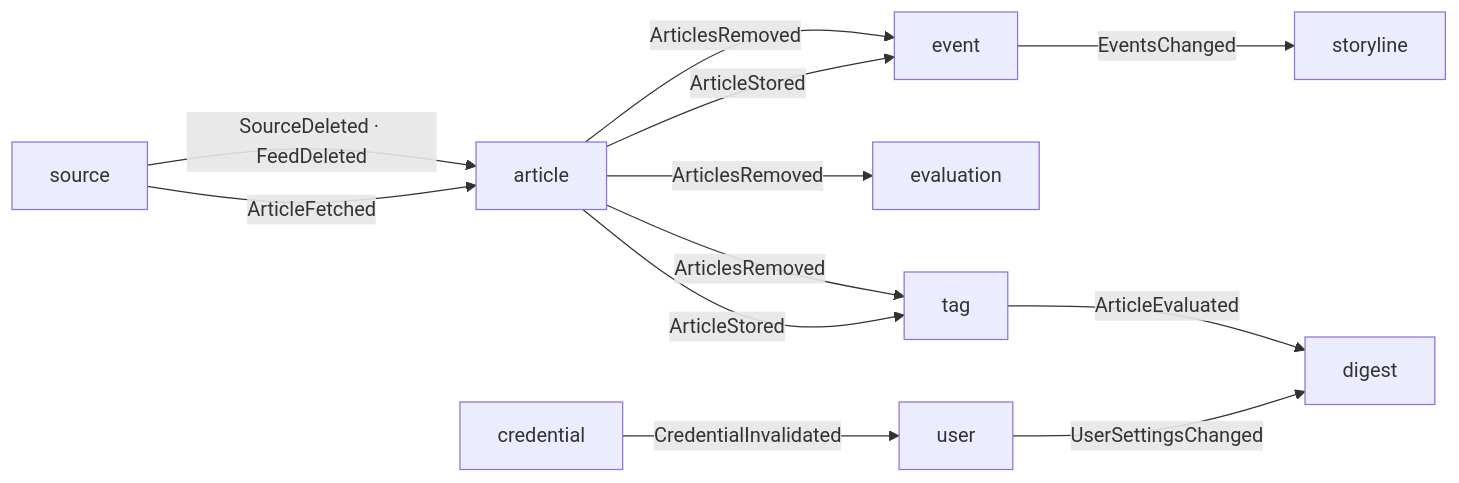
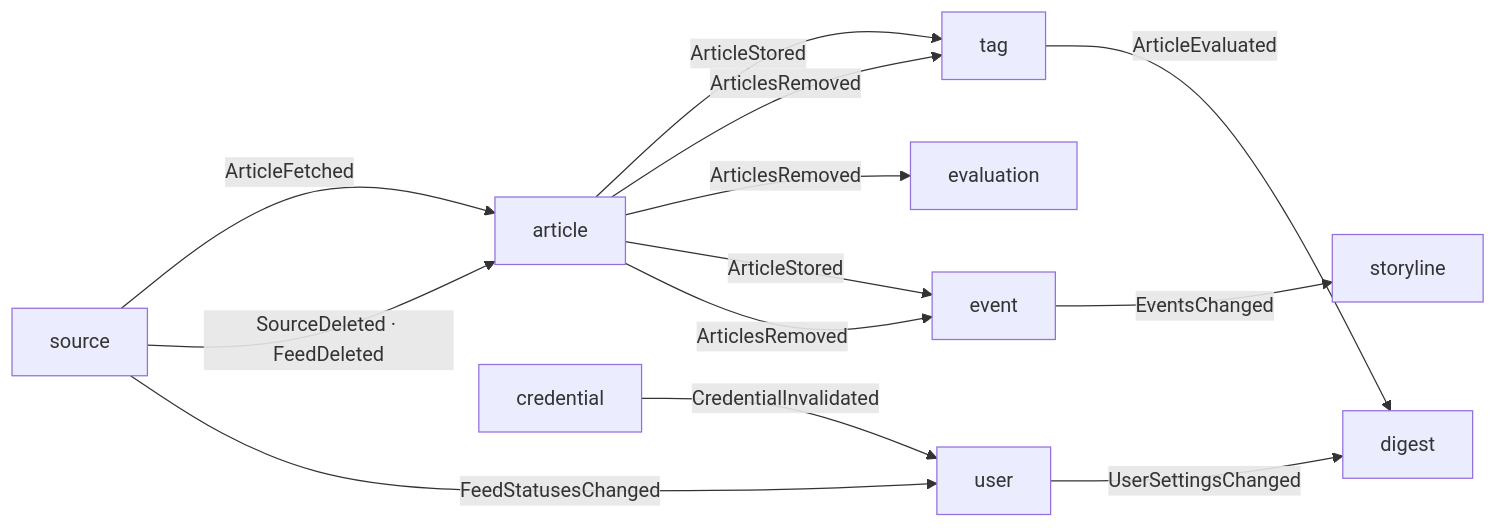
The second of 2 diagrams in docs/overview.md (Theia0382/yozm-news), drawn with Mermaid before and after one commit. The commit also changed other lines of this file and 10 other files, not shown here.

````diff
--- a/docs/overview.md
+++ b/docs/overview.md
@@ -137,14 +137,15 @@
 ```mermaid
 flowchart LR
     source -- ArticleFetched --> article
     source -- SourceDeleted · FeedDeleted --> article
+    source -- FeedStatusesChanged --> user
     article -- ArticleStored --> tag
     article -- ArticlesRemoved --> tag
     article -- ArticlesRemoved --> evaluation
     article -- ArticleStored --> event
     article -- ArticlesRemoved --> event
     event -- EventsChanged --> storyline
     tag -- ArticleEvaluated --> digest
     user -- UserSettingsChanged --> digest
     credential -- CredentialInvalidated --> user
 ```
````
